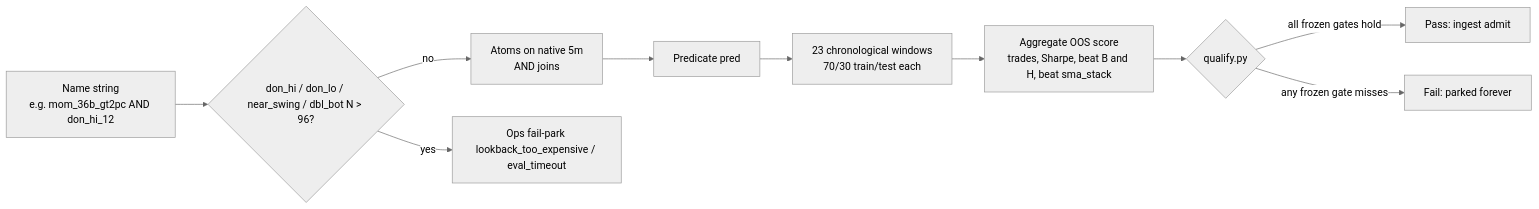
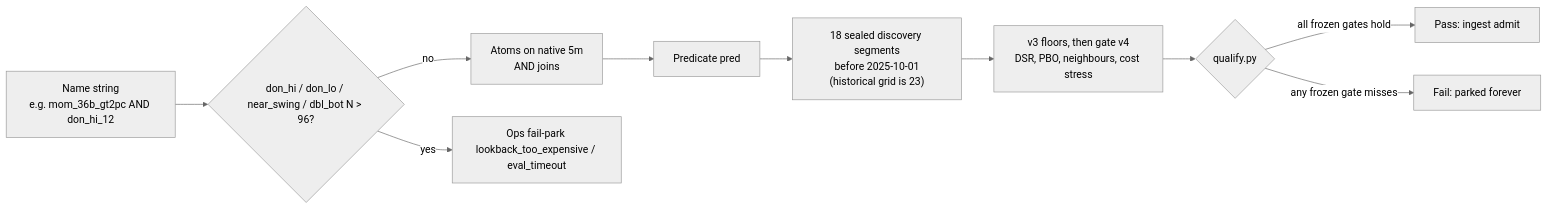
One commit to Runemark7/paper-trading-bot changed the second of 3 diagrams in docs/WORKFLOW.md. Above: the diagram before and after it, drawn with Mermaid (neutral theme). The commit also changed other lines of this file and 46 other files, not shown here.

First line of the commit message:
feat(gate): add v4 holdout, DSR, and PBO

````diff
--- a/docs/WORKFLOW.md
+++ b/docs/WORKFLOW.md
@@ -111,19 +113,19 @@
 ```mermaid
 flowchart LR
   name["Name string\ne.g. mom_36b_gt2pc AND don_hi_12"]
   cap{"don_hi / don_lo / near_swing / dbl_bot N > 96?"}
   atoms["Atoms on native 5m\nAND joins"]
   pred["Predicate pred"]
-  windows["23 chronological windows\n70/30 train/test each"]
-  score["Aggregate OOS score\ntrades, Sharpe, beat B and H, beat sma_stack"]
+  windows["18 sealed discovery segments\nbefore 2025-10-01\n(historical grid is 23)"]
+  score["v3 floors, then gate v4\nDSR, PBO, neighbours, cost stress"]
   decision{"qualify.py"}
   passNode["Pass: ingest admit"]
   failNode["Fail: parked forever"]
   opsPark["Ops fail-park lookback_too_expensive / eval_timeout"]
 
   name --> cap
   cap -->|yes| opsPark
   cap -->|no| atoms --> pred --> windows --> score --> decision
   decision -->|"all frozen gates hold"| passNode
   decision -->|"any frozen gate misses"| failNode
 ```
````
